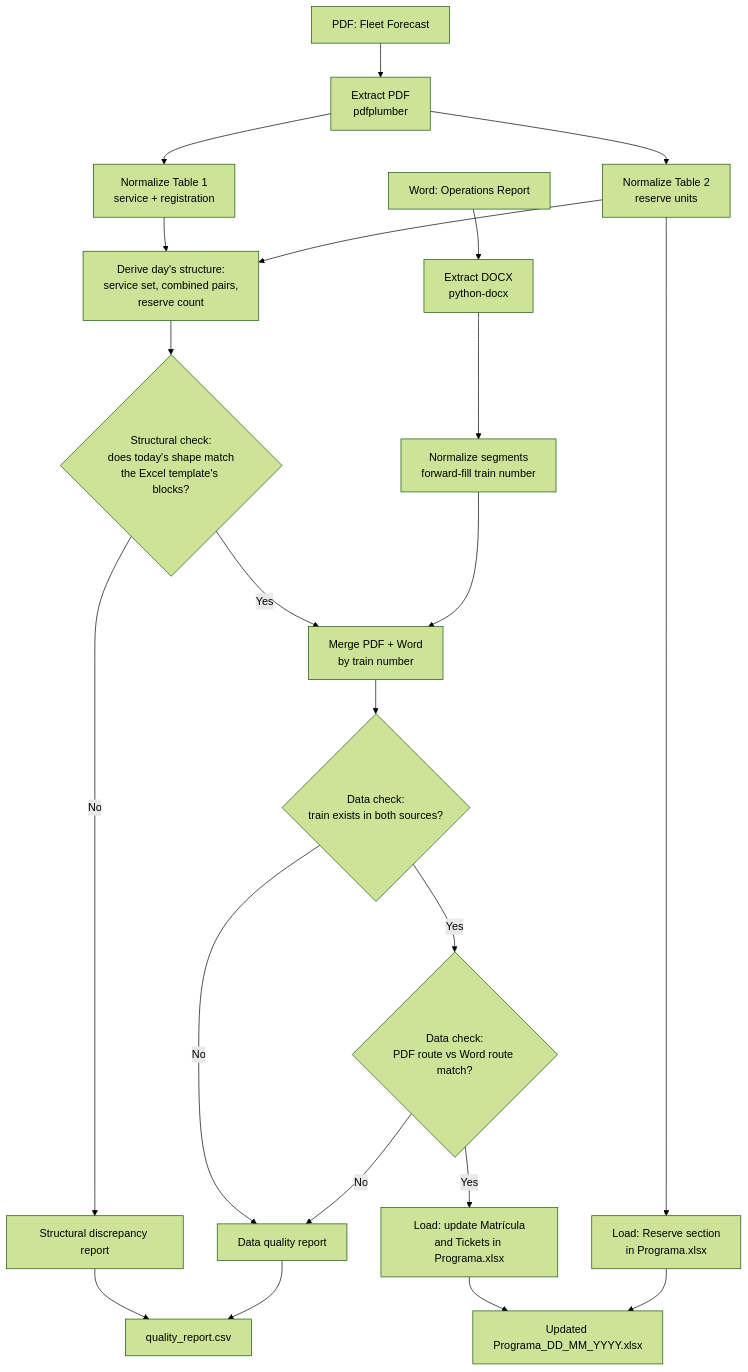
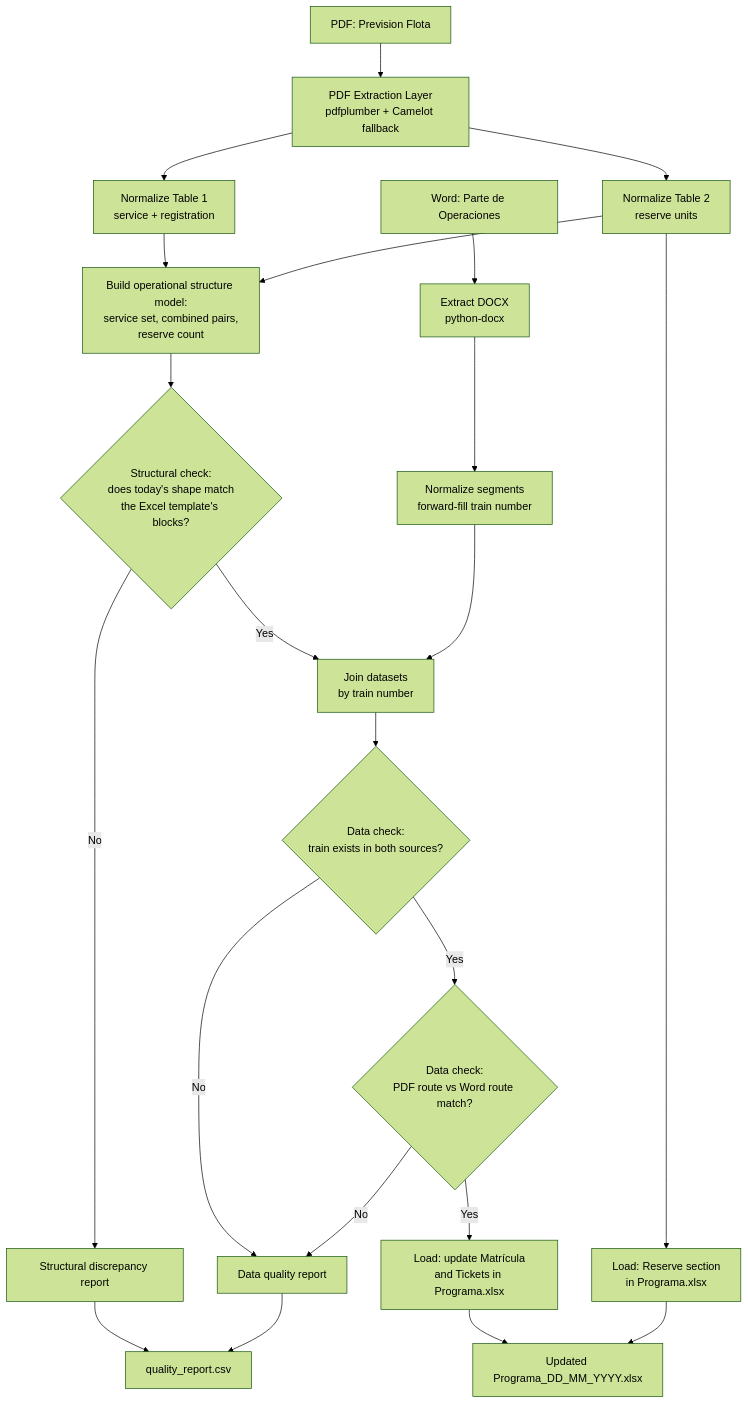
Before and after one commit to natgraniel/prevision-flota-etl: the diagram in docs/03_pipeline_diagram.md, drawn with Mermaid (forest theme). The commit also changed 18 other files, not shown here.

````diff
--- a/docs/03_pipeline_diagram.md
+++ b/docs/03_pipeline_diagram.md
@@ -3,30 +3,30 @@
 ```mermaid
 flowchart TD
-    A1[PDF: Fleet Forecast] --> E1[Extract PDF<br/>pdfplumber]
-    A2[Word: Operations Report] --> E2[Extract DOCX<br/>python-docx]
+    A1[PDF: Prevision Flota] --> E1[PDF Extraction Layer<br/>pdfplumber + Camelot fallback]
+    A2[Word: Parte de Operaciones] --> E2[Extract DOCX<br/>python-docx]
 
     E1 --> N1[Normalize Table 1<br/>service + registration]
     E1 --> N2[Normalize Table 2<br/>reserve units]
     E2 --> N3[Normalize segments<br/>forward-fill train number]
 
-    N1 --> S1[Derive day's structure:<br/>service set, combined pairs,<br/>reserve count]
+    N1 --> S1[Build operational structure model:<br/>service set, combined pairs,<br/>reserve count]
     N2 --> S1
 
     S1 --> R1{Structural check:<br/>does today's shape match<br/>the Excel template's blocks?}
     R1 -- No --> RPT1[Structural discrepancy report]
-    R1 -- Yes --> M[Merge PDF + Word<br/>by train number]
+    R1 -- Yes --> M[Join datasets<br/>by train number]
     N3 --> M
 
     M --> V1{Data check:<br/>train exists in both sources?}
     V1 -- No --> RPT2[Data quality report]
     V1 -- Yes --> V2{Data check:<br/>PDF route vs Word route match?}
     V2 -- No --> RPT2
     V2 -- Yes --> L1[Load: update Matrícula<br/>and Tickets in Programa.xlsx]
 
     N2 --> L2[Load: Reserve section<br/>in Programa.xlsx]
 
     L1 --> OUT[Updated Programa_DD_MM_YYYY.xlsx]
     L2 --> OUT
     RPT1 --> OUT2[quality_report.csv]
     RPT2 --> OUT2
 ```
````
